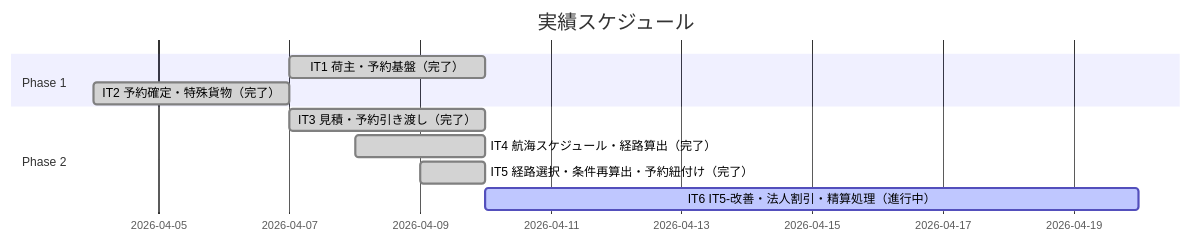
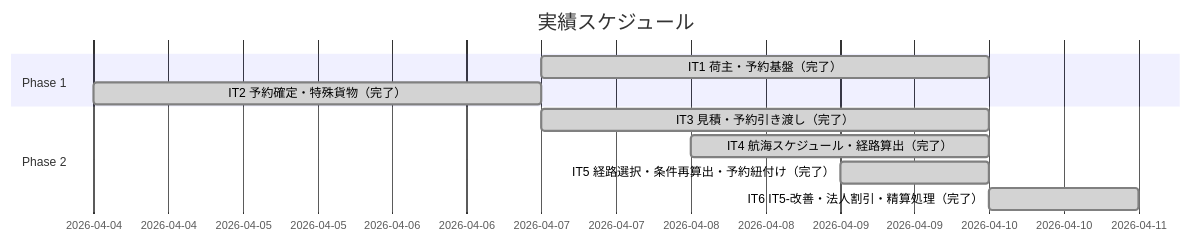
The second of 3 diagrams in docs/development/release_plan.md (k2works/case-study-cargo-tracker), drawn with Mermaid before and after one commit. The commit also changed other lines of this file and 6 other files, not shown here.

````diff
--- a/docs/development/release_plan.md
+++ b/docs/development/release_plan.md
@@ -152,13 +152,13 @@
 ```mermaid
 gantt
     title 実績スケジュール
     dateFormat  YYYY-MM-DD
     section Phase 1
     IT1 荷主・予約基盤（完了）         :done, a1, 2026-04-07, 3d
     IT2 予約確定・特殊貨物（完了）     :done, a2, 2026-04-04, 3d
     section Phase 2
     IT3 見積・予約引き渡し（完了）     :done, a3, 2026-04-07, 3d
     IT4 航海スケジュール・経路算出（完了） :done, a4, 2026-04-08, 2d
     IT5 経路選択・条件再算出・予約紐付け（完了） :done, a5, 2026-04-09, 1d
-    IT6 IT5-改善・法人割引・精算処理（進行中） :active, a6, 2026-04-10, 10d
+    IT6 IT5-改善・法人割引・精算処理（完了） :done, a6, 2026-04-10, 1d
 ```
````
